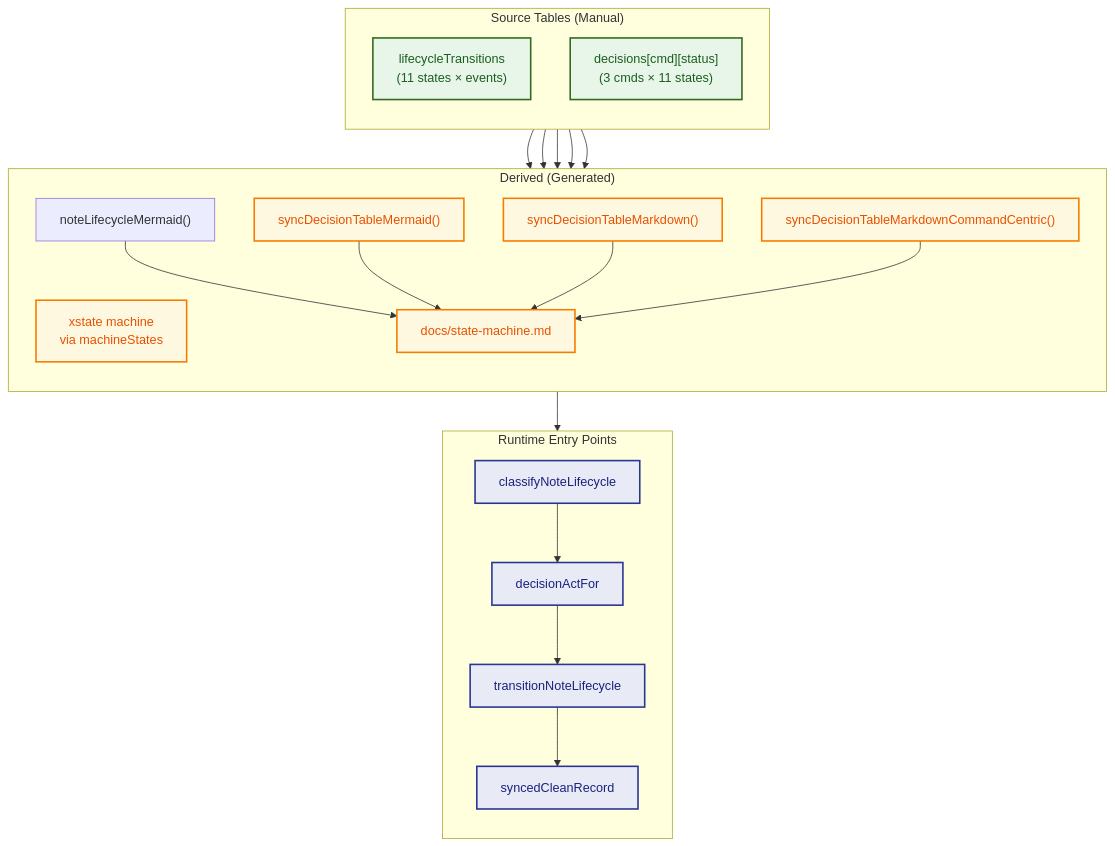
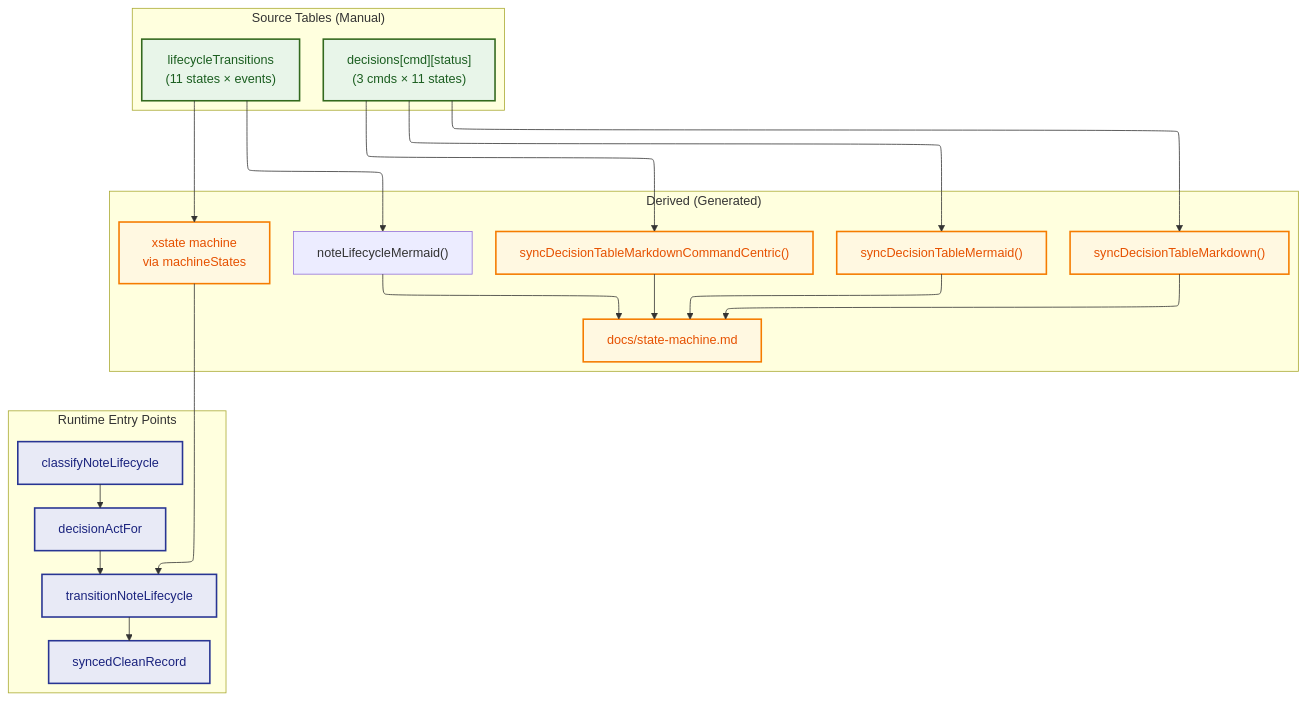
Before and after one commit to Karol-Szykula/AnkiPalace: the sixth of 8 diagrams in docs/state-machine.md, drawn with Mermaid. The commit also changed other lines of this file and 17 other files, not shown here.

Commit message:
Add generated diagrams

````diff
--- a/docs/state-machine.md
+++ b/docs/state-machine.md
@@ -356,49 +359,50 @@
 ```mermaid
+%%{init: {"flowchart": {"defaultRenderer": "elk"}} }%%
 flowchart TB
   subgraph SOURCE["Source Tables (Manual)"]
     direction TB
     LT["lifecycleTransitions<br/>(11 states × events)"]
     DT["decisions[cmd][status]<br/>(3 cmds × 11 states)"]
   end
 
   subgraph GEN["Derived (Generated)"]
     direction TB
     XSTATE["xstate machine<br/>via machineStates"]
     MERMAID_LC["noteLifecycleMermaid()"]
     MERMAID_DT["syncDecisionTableMermaid()"]
     MD_TABLE["syncDecisionTableMarkdown()"]
     MD_TABLE_CMD["syncDecisionTableMarkdownCommandCentric()"]
     DOC["docs/state-machine.md"]
   end
 
   subgraph RUNTIME["Runtime Entry Points"]
     direction TB
     CLASSIFY["classifyNoteLifecycle"]
     DECIDE["decisionActFor"]
     TRANSIT["transitionNoteLifecycle"]
     LEDGER["syncedCleanRecord"]
   end
 
   LT --> XSTATE
   LT --> MERMAID_LC
   DT --> MERMAID_DT
   DT --> MD_TABLE
   DT --> MD_TABLE_CMD
   MERMAID_LC --> DOC
   MERMAID_DT --> DOC
   MD_TABLE --> DOC
   MD_TABLE_CMD --> DOC
   XSTATE --> TRANSIT
 
   CLASSIFY --> DECIDE
   DECIDE --> TRANSIT
   TRANSIT --> LEDGER
 
   classDef src fill:#e8f5e9,stroke:#33691e,stroke-width:2px,color:#1b5e20;
   classDef gen fill:#fff8e1,stroke:#f57c00,stroke-width:2px,color:#e65100;
   classDef run fill:#e8eaf6,stroke:#283593,stroke-width:2px,color:#1a237e;
   classDef doc fill:#fce4ec,stroke:#ad1457,stroke-width:2px,color:#880e4f;
   class LT,DT src;
   class XSTATE,MERMAID_DT,MD_TABLE,MD_TABLE_CMD,DOC gen;
   class CLASSIFY,DECIDE,TRANSIT,LEDGER run;
 ```
````
